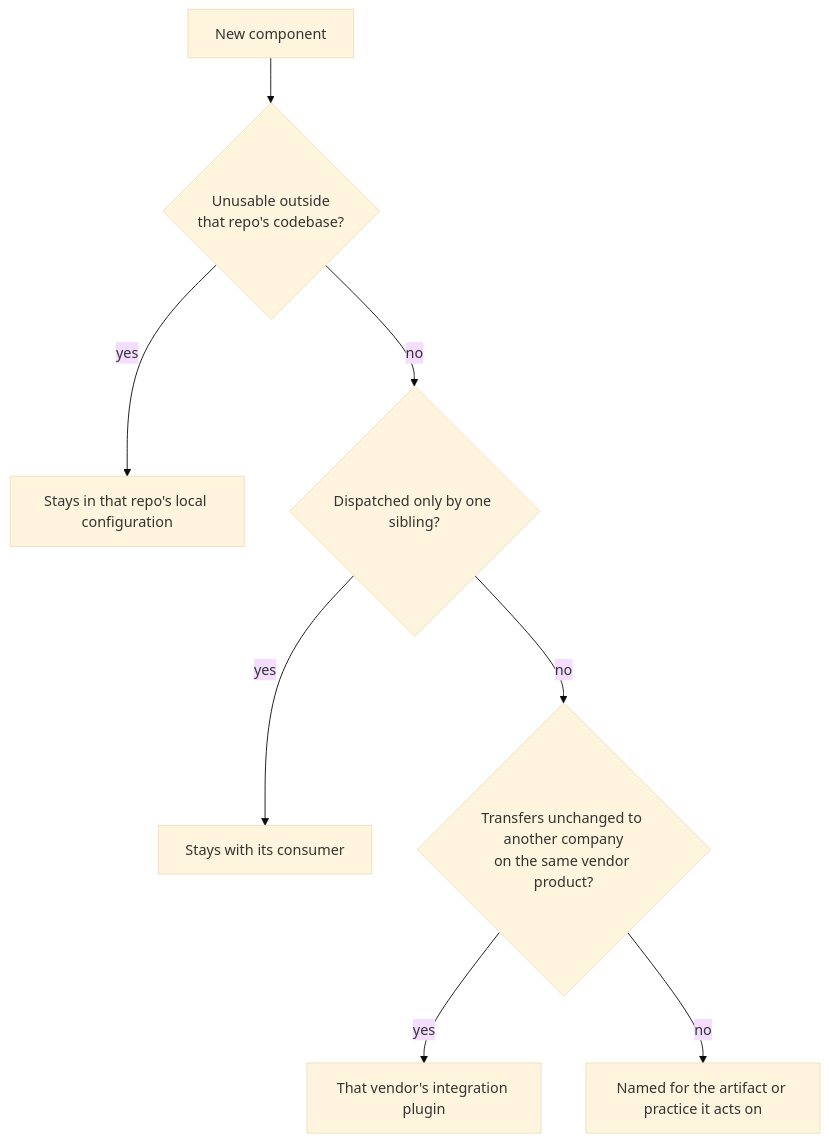
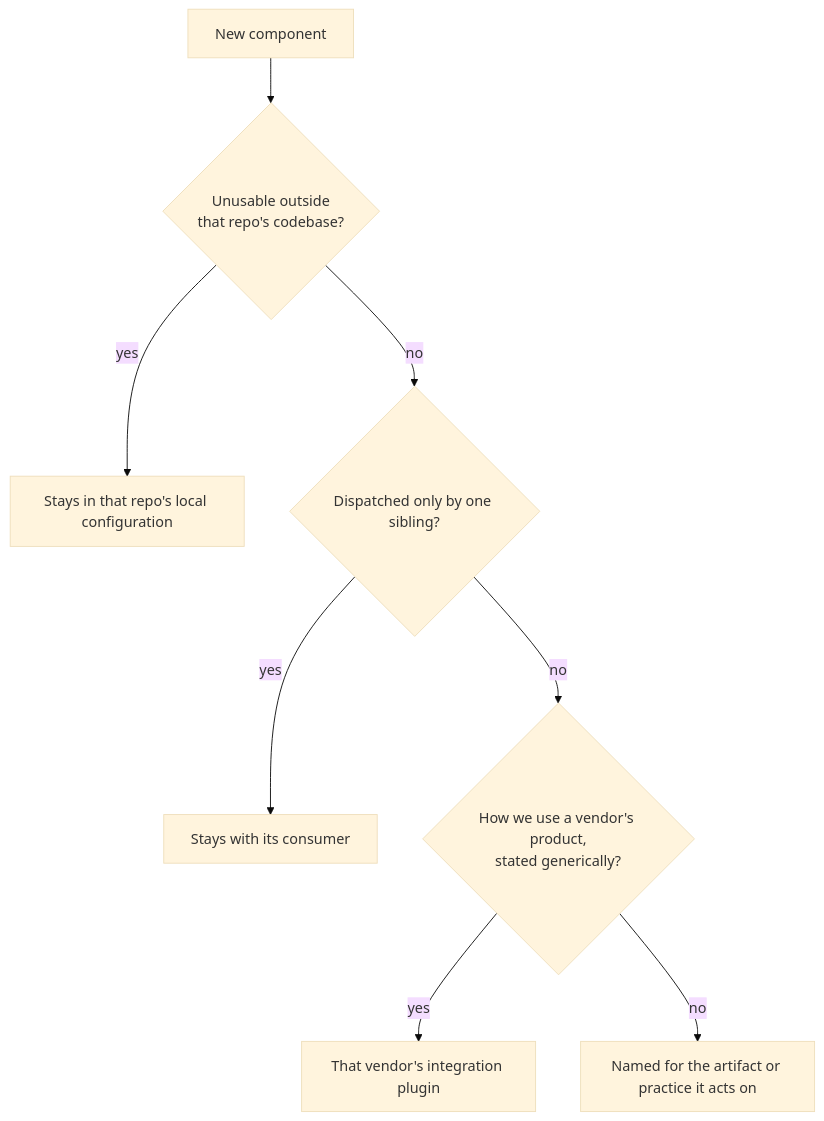
Before and after one commit to bitwarden/contributing-docs: the second of 3 diagrams in docs/architecture/adr/0035-adopt-ai-plugin-taxonomy.md, drawn with Mermaid (base theme). The commit also changed other lines of this file, not shown here.

First line of the commit message:
Test the vendor branch on how we use a product, not on portability

````diff
--- a/docs/architecture/adr/0035-adopt-ai-plugin-taxonomy.md
+++ b/docs/architecture/adr/0035-adopt-ai-plugin-taxonomy.md
@@ -89,10 +89,10 @@
 ```mermaid
 flowchart TD
     A["New component"] --> B{"Unusable outside<br/>that repo's codebase?"}
     B -->|yes| B1["Stays in that repo's local configuration"]
     B -->|no| C{"Dispatched only by one sibling?"}
     C -->|yes| C1["Stays with its consumer"]
-    C -->|no| D{"Transfers unchanged to another company<br/>on the same vendor product?"}
+    C -->|no| D{"How we use a vendor's product,<br/>stated generically?"}
     D -->|yes| D1["That vendor's integration plugin"]
     D -->|no| E["Named for the artifact or practice it acts on"]
 ```
````
